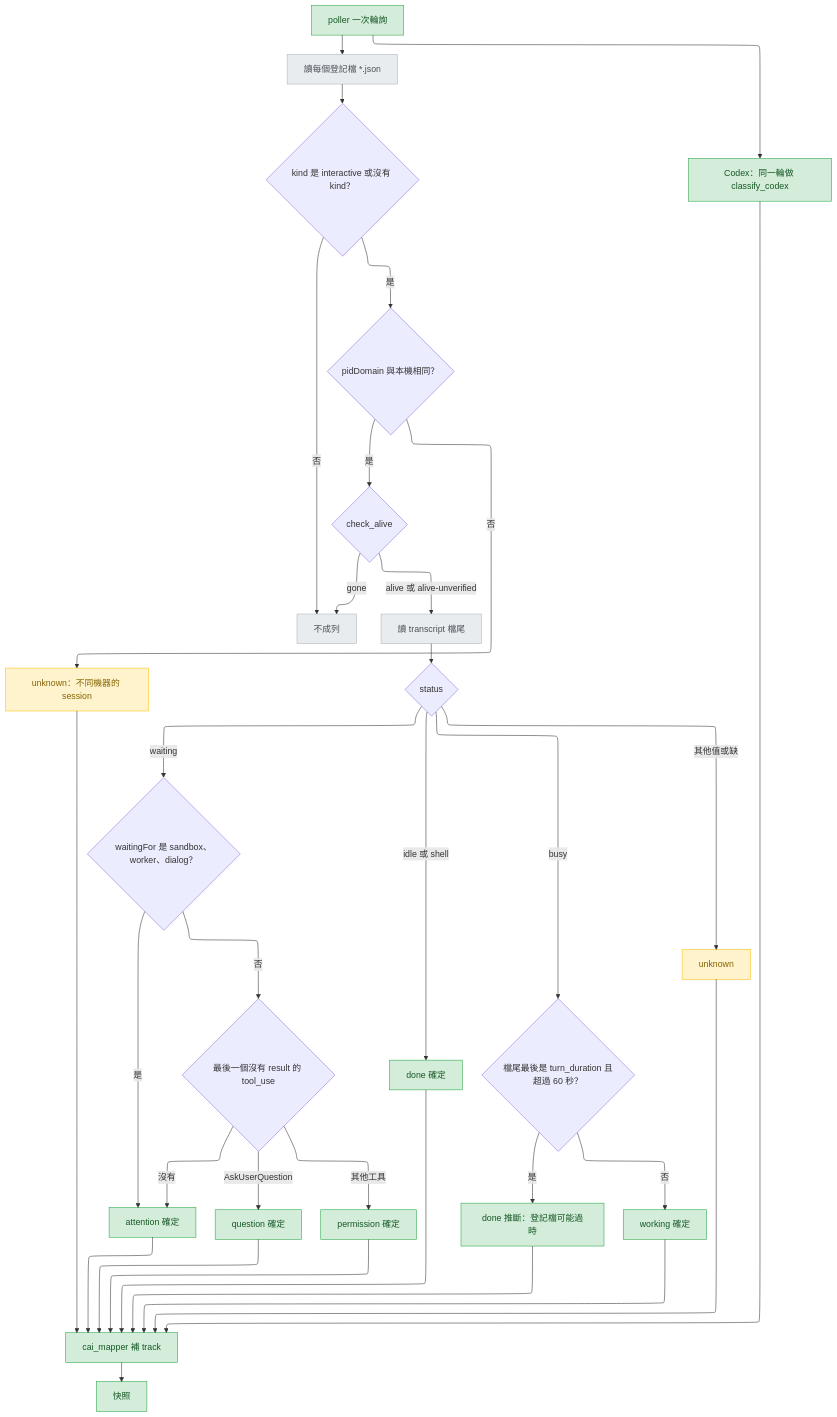
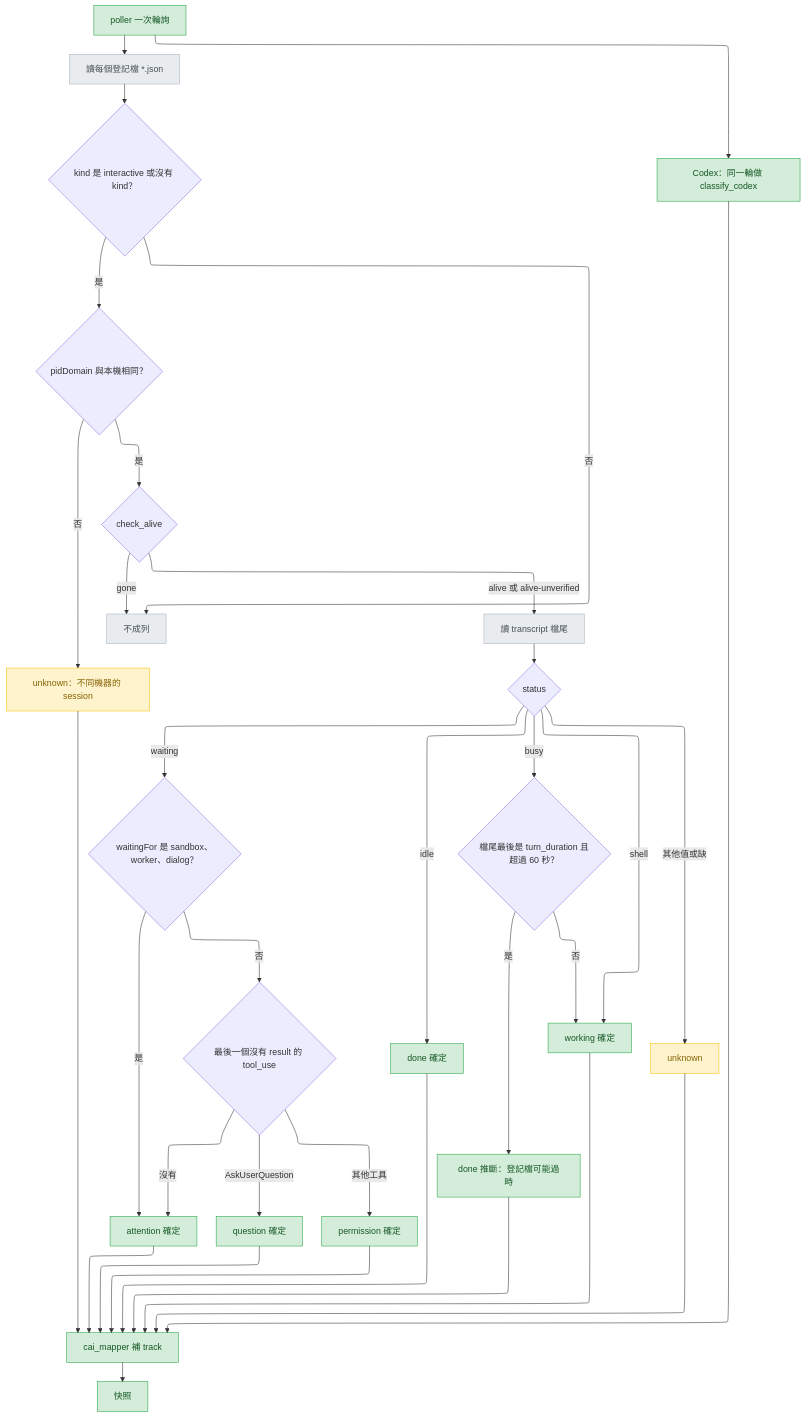
Before and after one commit to millerlai/claude-all-in-one: the third of 9 diagrams in docs/design/2026-09-25-agent-viewer-web-portal-detail.md, drawn with Mermaid. The commit also changed other lines of this file and 17 other files, not shown here.

````diff
--- a/docs/design/2026-09-25-agent-viewer-web-portal-detail.md
+++ b/docs/design/2026-09-25-agent-viewer-web-portal-detail.md
@@ -233,62 +233,63 @@
 ```mermaid
 ---
 config:
   flowchart:
     defaultRenderer: "elk"
 ---
 flowchart TD
   S["poller 一次輪詢"]:::added
   A["讀每個登記檔 *.json"]:::existing
   K{"kind 是 interactive 或沒有 kind？"}
   D{"pidDomain 與本機相同？"}
   LV{"check_alive"}
   U1["unknown：不同機器的 session"]:::modified
   G["不成列"]:::existing
   T["讀 transcript 檔尾"]:::existing
   ST{"status"}
   W{"waitingFor 是 sandbox、worker、dialog？"}
   Q{"最後一個沒有 result 的 tool_use"}
   AT["attention 確定"]:::added
   QU["question 確定"]:::added
   PE["permission 確定"]:::added
   DN["done 確定"]:::added
   BZ{"檔尾最後是 turn_duration 且超過 60 秒？"}
   DI["done 推斷：登記檔可能過時"]:::added
   WK["working 確定"]:::added
   UK["unknown"]:::modified
   CX["Codex：同一輪做 classify_codex"]:::added
   M["cai_mapper 補 track"]:::added
   OUT["快照"]:::added
   S --> A --> K
   K -->|"否"| G
   K -->|"是"| D
   D -->|"否"| U1
   D -->|"是"| LV
   LV -->|"gone"| G
   LV -->|"alive 或 alive-unverified"| T --> ST
   ST -->|"waiting"| W
   W -->|"是"| AT
   W -->|"否"| Q
   Q -->|"AskUserQuestion"| QU
   Q -->|"其他工具"| PE
   Q -->|"沒有"| AT
-  ST -->|"idle 或 shell"| DN
+  ST -->|"idle"| DN
+  ST -->|"shell"| WK
   ST -->|"busy"| BZ
   BZ -->|"是"| DI
   BZ -->|"否"| WK
   ST -->|"其他值或缺"| UK
   S --> CX
   QU --> M
   PE --> M
   AT --> M
   DN --> M
   DI --> M
   WK --> M
   UK --> M
   CX --> M
   U1 --> M
   M --> OUT
   classDef added fill:#d4edda,stroke:#28a745,color:#155724
   classDef modified fill:#fff3cd,stroke:#ffc107,color:#856404
   classDef existing fill:#e9ecef,stroke:#adb5bd,color:#495057
 ```
````
